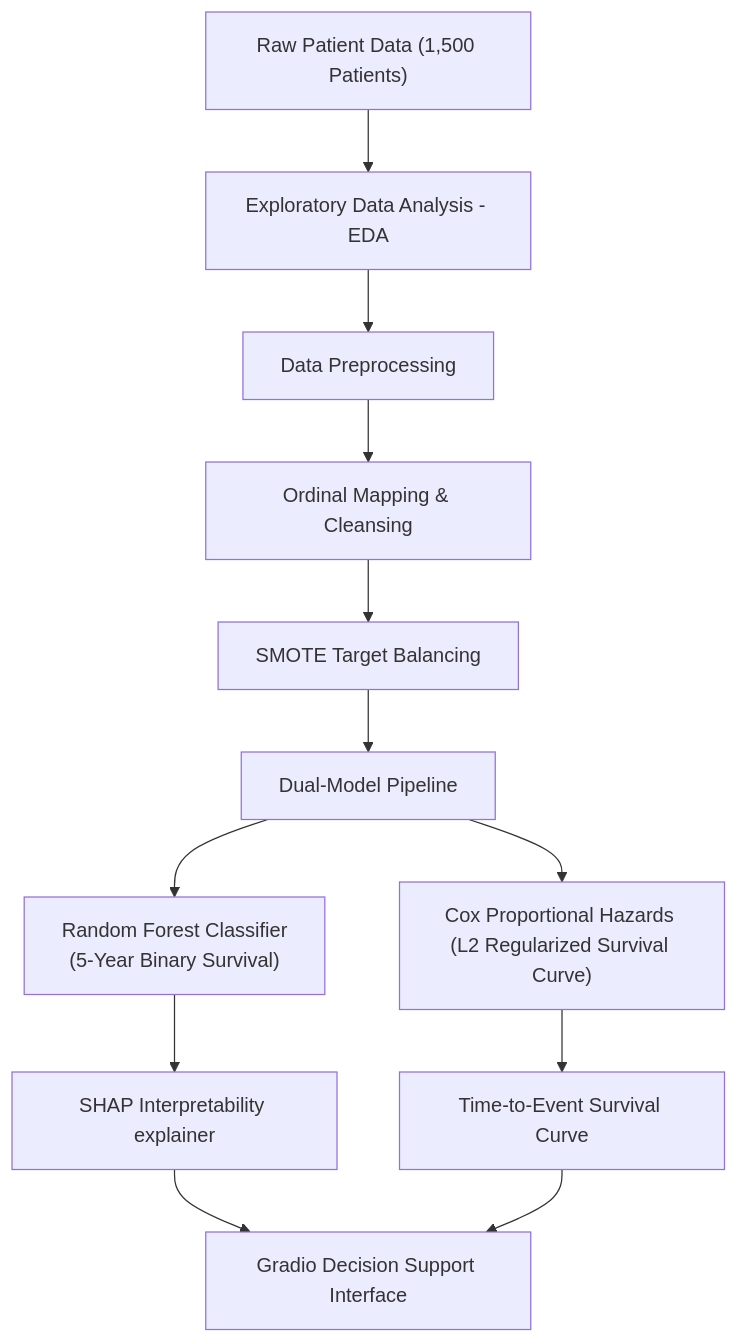
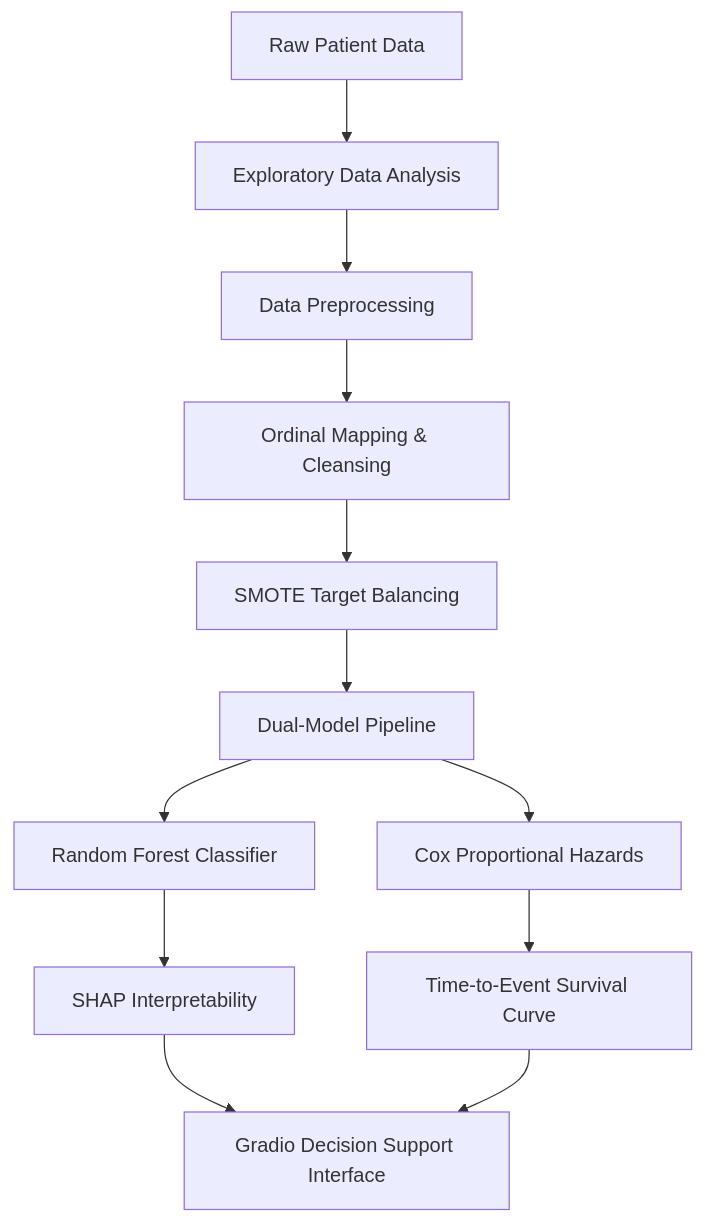
One commit to Aaaaaaaayush/Lung_Cancer_Survival changed the diagram in README.md. Above: the diagram before and after it, drawn with Mermaid.

Commit message:
docs: simplify Mermaid flowchart syntax to guarantee flawless GitHub rendering

````diff
--- a/README.md
+++ b/README.md
@@ -29,14 +29,14 @@
 ```mermaid
 graph TD
-    A["Raw Patient Data (1,500 Patients)"] --> B["Exploratory Data Analysis - EDA"]
-    B --> C["Data Preprocessing"]
-    C --> D["Ordinal Mapping & Cleansing"]
-    D --> E["SMOTE Target Balancing"]
-    E --> F["Dual-Model Pipeline"]
-    F --> G["Random Forest Classifier <br/>(5-Year Binary Survival)"]
-    F --> H["Cox Proportional Hazards <br/>(L2 Regularized Survival Curve)"]
-    G --> I["SHAP Interpretability explainer"]
-    H --> J["Time-to-Event Survival Curve"]
-    I --> K["Gradio Decision Support Interface"]
+    A[Raw Patient Data] --> B[Exploratory Data Analysis]
+    B --> C[Data Preprocessing]
+    C --> D[Ordinal Mapping & Cleansing]
+    D --> E[SMOTE Target Balancing]
+    E --> F[Dual-Model Pipeline]
+    F --> G[Random Forest Classifier]
+    F --> H[Cox Proportional Hazards]
+    G --> I[SHAP Interpretability]
+    H --> J[Time-to-Event Survival Curve]
+    I --> K[Gradio Decision Support Interface]
     J --> K
 ```
````
